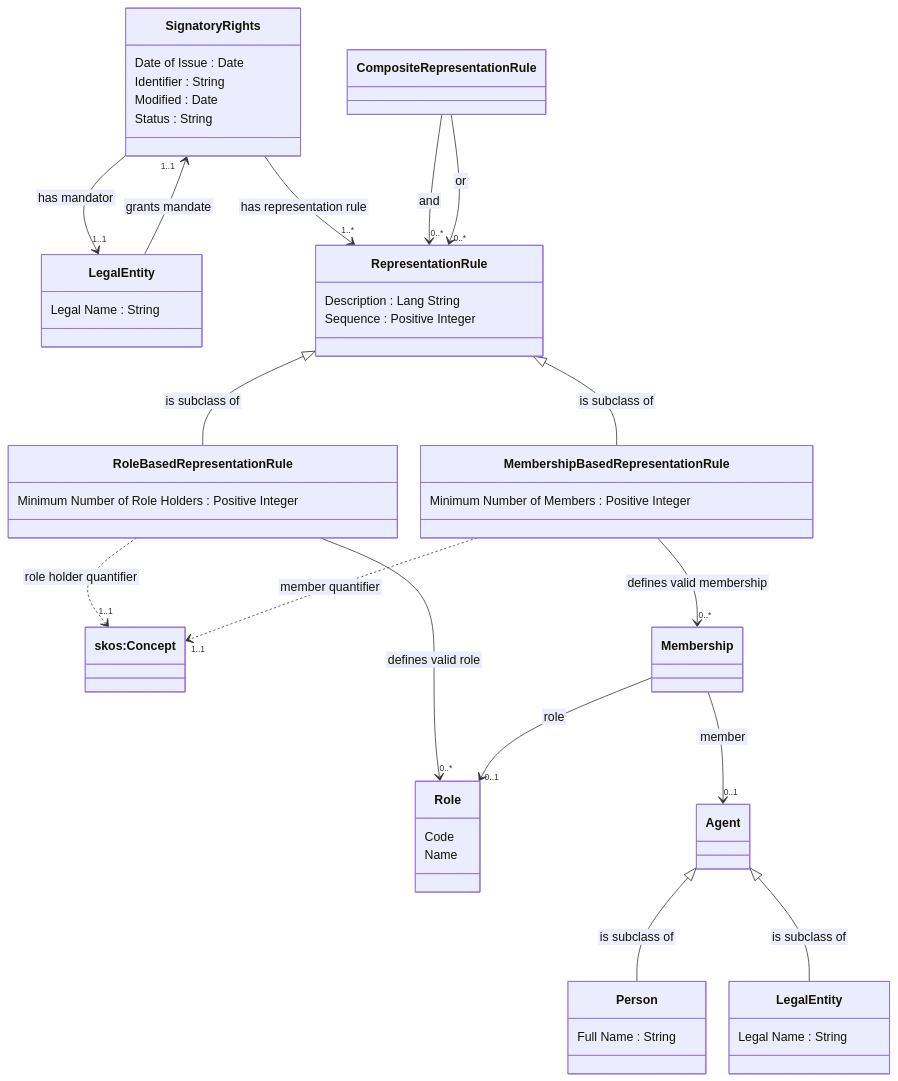
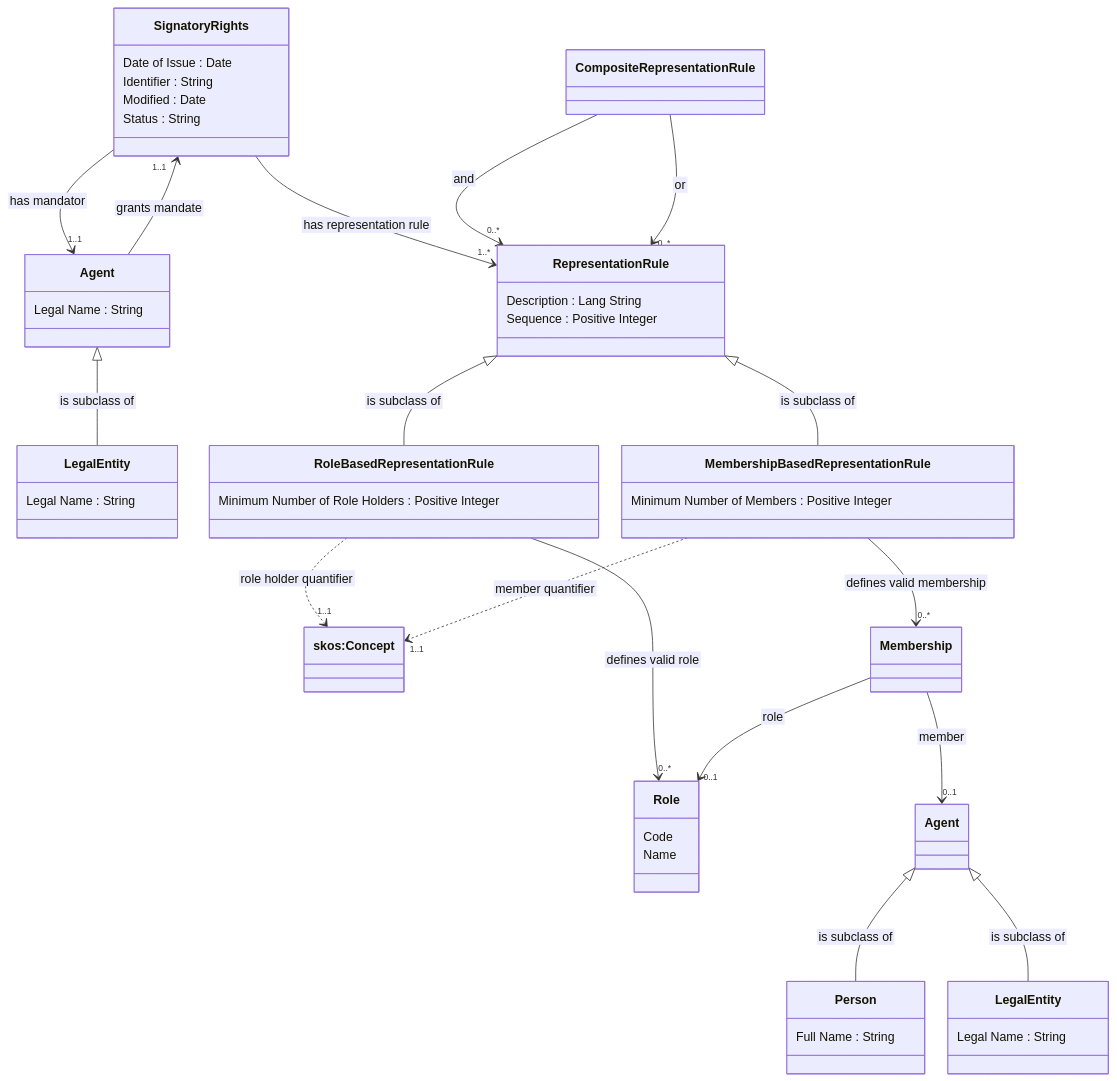
The second of 2 diagrams in README.md (nordicsmartgovernment/Nordic-Signatory-Rights-Model), drawn with Mermaid before and after one commit.

````diff
--- a/README.md
+++ b/README.md
@@ -69,74 +69,79 @@
 ```mermaid
  %%{init:{'flowchart':{'nodeSpacing': 30, 'rankSpacing': 95, 'htmlLabels': false}}}%%
     classDiagram
         class Signatory Rights {
             Date of Issue : Date
             Identifier : String
             Modified : Date
             Status : String
         }
 
-        Signatory Rights --> "1..1" Legal Entity : has mandator
+        Signatory Rights --> "1..1" AgentLegalEntity : has mandator
         Signatory Rights --> "1..*" Representation Rule : has representation rule
+
+        class AgentLegalEntity["Agent"] {
+           Legal Name : String
+        }
 
         class Legal Entity {
            Legal Name : String
         }
 
-        Legal Entity --> "1..1" Signatory Rights:grants mandate
+        AgentLegalEntity --> "1..1" Signatory Rights:grants mandate
 
         class Representation Rule {
            Description : Lang String
            Sequence : Positive Integer
         }
 
         class Role Based Representation Rule {
            Minimum Number of Role Holders : Positive Integer
         }
 
         Role Based Representation Rule --> "0..*" Role : defines valid role
         Role Based Representation Rule ..> "1..1" SKOSConcept : role holder quantifier
 
         class Membership Based Representation Rule {
            Minimum Number of Members : Positive Integer
         }
 
         Membership Based Representation Rule --> "0..*" Membership : defines valid membership
         Membership Based Representation Rule ..> "1..1" SKOSConcept : member quantifier
 
         class Composite Representation Rule {
         }
 
         Composite Representation Rule --> "0..*" Representation Rule : and
         Composite Representation Rule --> "0..*" Representation Rule : or
 
         class Agent {
         }
 
         class Role {
            Code
            Name
         }
 
         class Membership {
         }
 
         Membership --> "0..1" Role : role
         Membership --> "0..1" Agent : member
 
         class Person {
            Full Name : String
         }
 
         class Legal Entity Member["LegalEntity"] {
            Legal Name : String
         }
 
         class SKOSConcept["skos:Concept"] {
         }
 
         Representation Rule <|-- Role Based Representation Rule : is subclass of
         Representation Rule <|-- Membership Based Representation Rule : is subclass of
         Agent <|-- Person : is subclass of
         Agent <|-- Legal Entity Member : is subclass of
+        AgentLegalEntity <|-- Legal Entity : is subclass of
 ```
````
